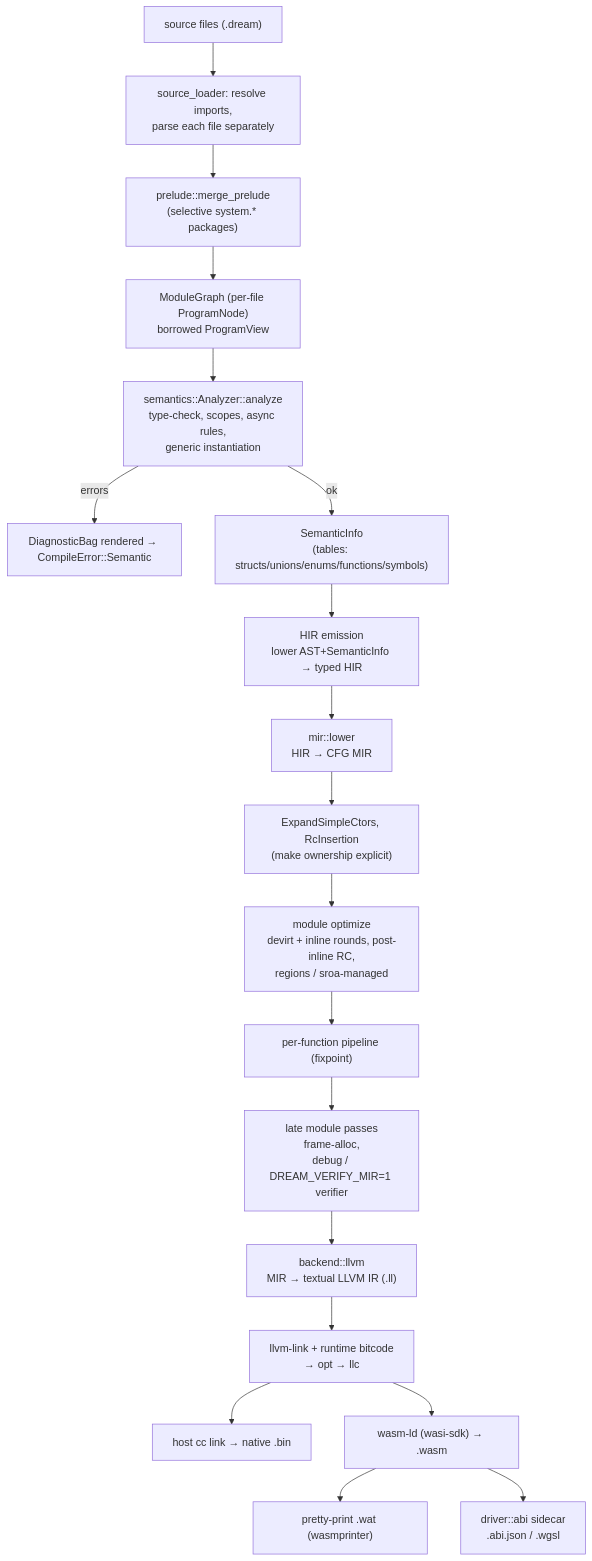
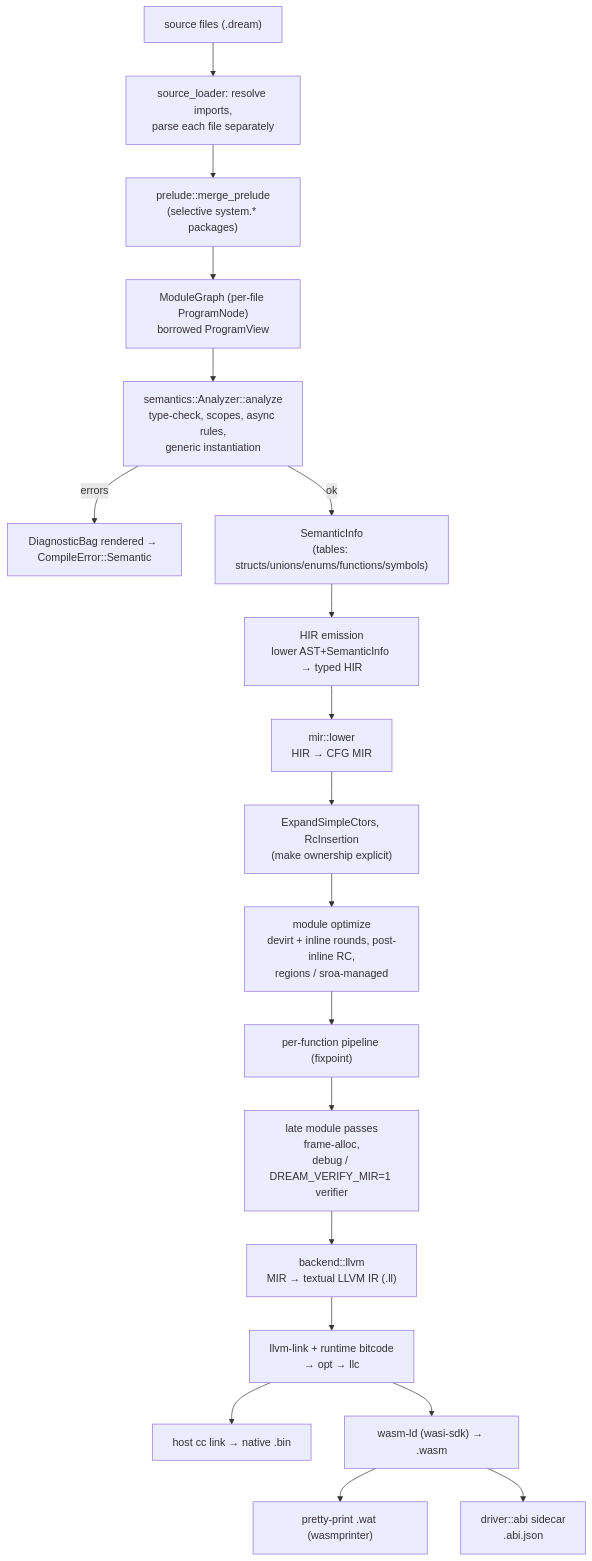
One commit to sps014/dream changed the first of 2 diagrams in docs/internals/01-pipeline-overview.md. Above: the diagram before and after it, drawn with Mermaid. The commit also changed other lines of this file and 661 other files, not shown here.

````diff
--- a/docs/internals/01-pipeline-overview.md
+++ b/docs/internals/01-pipeline-overview.md
@@ -7,25 +7,25 @@
 ```mermaid
 flowchart TD
     src["source files (.dream)"]
     src --> load["source_loader: resolve imports,\nparse each file separately"]
     load --> prelude["prelude::merge_prelude\n(selective system.* packages)"]
     prelude --> ast["ModuleGraph (per-file ProgramNode)\nborrowed ProgramView"]
 
     ast --> analyze["semantics::Analyzer::analyze\ntype-check, scopes, async rules,\ngeneric instantiation"]
     analyze -->|errors| diag["DiagnosticBag rendered → CompileError::Semantic"]
     analyze -->|ok| info["SemanticInfo\n(tables: structs/unions/enums/functions/symbols)"]
 
     info --> hir["HIR emission\nlower AST+SemanticInfo → typed HIR"]
     hir --> mir["mir::lower\nHIR → CFG MIR"]
     mir --> rc["ExpandSimpleCtors, RcInsertion\n(make ownership explicit)"]
     rc --> opt["module optimize\ndevirt + inline rounds, post-inline RC,\nregions / sroa-managed"]
     opt --> perfn["per-function pipeline (fixpoint)"]
     perfn --> late["late module passes\nframe-alloc,\ndebug / DREAM_VERIFY_MIR=1 verifier"]
     late --> emit["backend::llvm\nMIR → textual LLVM IR (.ll)"]
 
     emit --> link["llvm-link + runtime bitcode\n→ opt → llc"]
     link --> nat["host cc link → native .bin"]
     link --> wasm["wasm-ld (wasi-sdk) → .wasm"]
     wasm --> wat["pretty-print .wat (wasmprinter)"]
-    wasm --> abi["driver::abi sidecar\n.abi.json / .wgsl"]
+    wasm --> abi["driver::abi sidecar\n.abi.json"]
 ```
````
